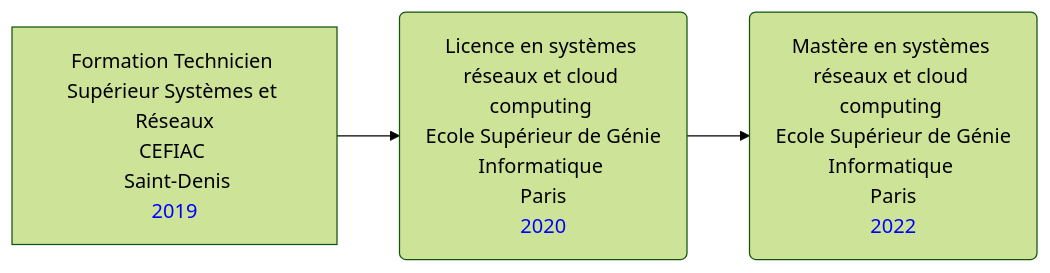
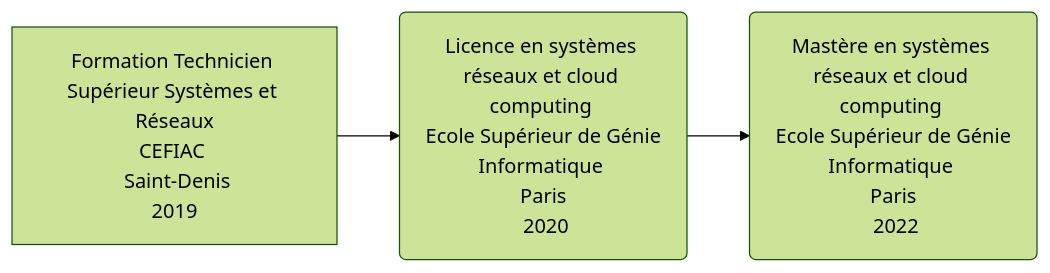
The diagram in index.md (aissbilel/cv), drawn with Mermaid (forest theme) before and after one commit. The commit also changed other lines of this file, not shown here.

````diff
--- a/index.md
+++ b/index.md
@@ -43,5 +40,5 @@
 ```mermaid
 graph LR
-    A[Formation Technicien Supérieur Systèmes et Réseaux<br/>CEFIAC <br/> Saint-Denis<br/><span style="color: blue;">2019</span>] --> B(Licence en systèmes réseaux et cloud computing <br/> Ecole Supérieur de Génie Informatique <br/> Paris <br/><span style="color: blue;">2020</span>)
-    B --> C(Mastère en systèmes réseaux et cloud computing <br/> Ecole Supérieur de Génie Informatique <br/> Paris <br/><span style="color: blue;">2022</span>)
+    A[Formation Technicien Supérieur Systèmes et Réseaux<br/>CEFIAC <br/> Saint-Denis<br/>2019] --> B(Licence en systèmes réseaux et cloud computing <br/> Ecole Supérieur de Génie Informatique <br/> Paris <br/> 2020)
+    B --> C(Mastère en systèmes réseaux et cloud computing <br/> Ecole Supérieur de Génie Informatique <br/> Paris <br/> 2022)
 ```
````
